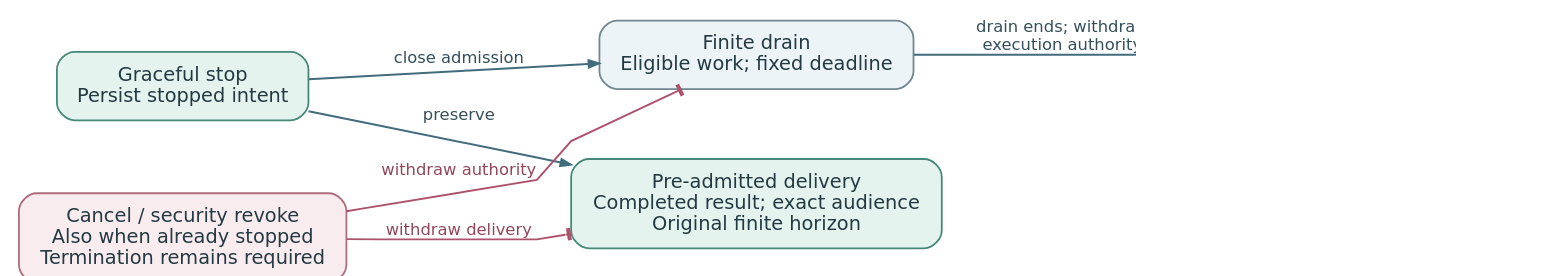
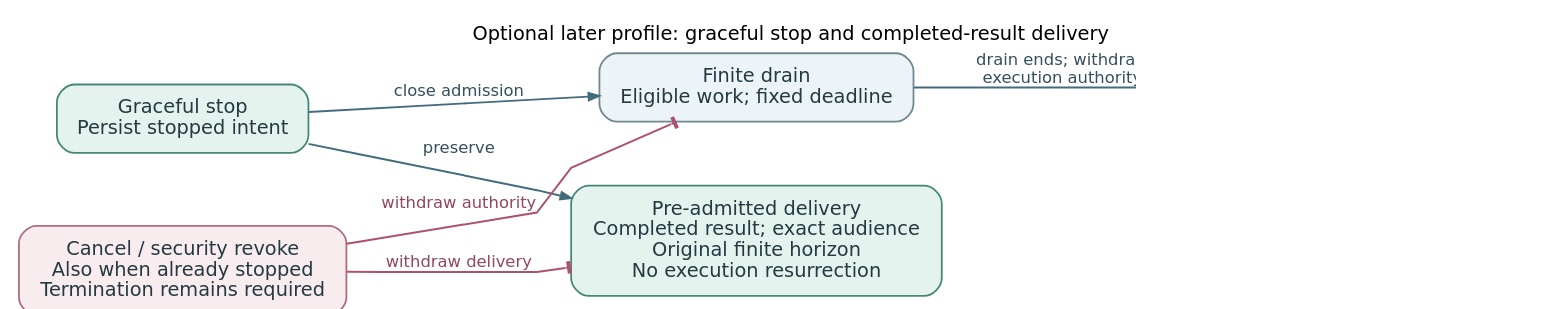
One commit to openclaw/rfcs changed the diagram in rfcs/0037/stop-and-delivery.dot. Above: the diagram before and after it, drawn with Graphviz. The commit also changed 4 other files, not shown here.

```diff
--- a/rfcs/0037/stop-and-delivery.dot
+++ b/rfcs/0037/stop-and-delivery.dot
@@ -1,49 +1,51 @@
 digraph StopAndDelivery {
   graph [
     rankdir=LR,
     bgcolor="white",
     fontname="DejaVu Sans",
     fontsize=13,
+    label="Optional later profile: graceful stop and completed-result delivery",
+    labelloc="t",
     nodesep=0.34,
     ranksep=0.62,
     margin=0.08,
     pad=0.10,
     size="11,3.1",
     dpi=100,
     splines=polyline
   ];
   node [
     shape=box,
     style="rounded,filled",
     fontname="DejaVu Sans",
     fontsize=13,
     color="#708791",
     fillcolor="#EDF4F7",
     fontcolor="#243A42",
     penwidth=1.2,
     margin="0.16,0.12"
   ];
   edge [
     fontname="DejaVu Sans",
     fontsize=11,
     color="#426C7C",
     fontcolor="#344F5C",
     arrowsize=0.7,
     penwidth=1.3
   ];
 
   stop [label="Graceful stop\nPersist stopped intent", fillcolor="#E4F3EE", color="#458878"];
   drain [label="Finite drain\nEligible work; fixed deadline"];
   termination [label="Worker termination\nExact workload confirmed stopped"];
-  delivery [label="Pre-admitted delivery\nCompleted result; exact audience\nOriginal finite horizon", fillcolor="#E4F3EE", color="#458878"];
+  delivery [label="Pre-admitted delivery\nCompleted result; exact audience\nOriginal finite horizon\nNo execution resurrection", fillcolor="#E4F3EE", color="#458878"];
   revoke [label="Cancel / security revoke\nAlso when already stopped\nTermination remains required", fillcolor="#F9ECEF", color="#AE6D7D"];
 
   { rank=same; stop; revoke; }
   { rank=same; drain; delivery; }
 
   stop -> drain [label="close admission"];
   stop -> delivery [label="preserve"];
   drain -> termination [label="drain ends; withdraw\nexecution authority"];
   revoke -> drain [label="withdraw authority", color="#AD526C", fontcolor="#92465B", arrowhead=tee, constraint=false];
   revoke -> delivery [label="withdraw delivery", color="#AD526C", fontcolor="#92465B", arrowhead=tee];
 }
```
